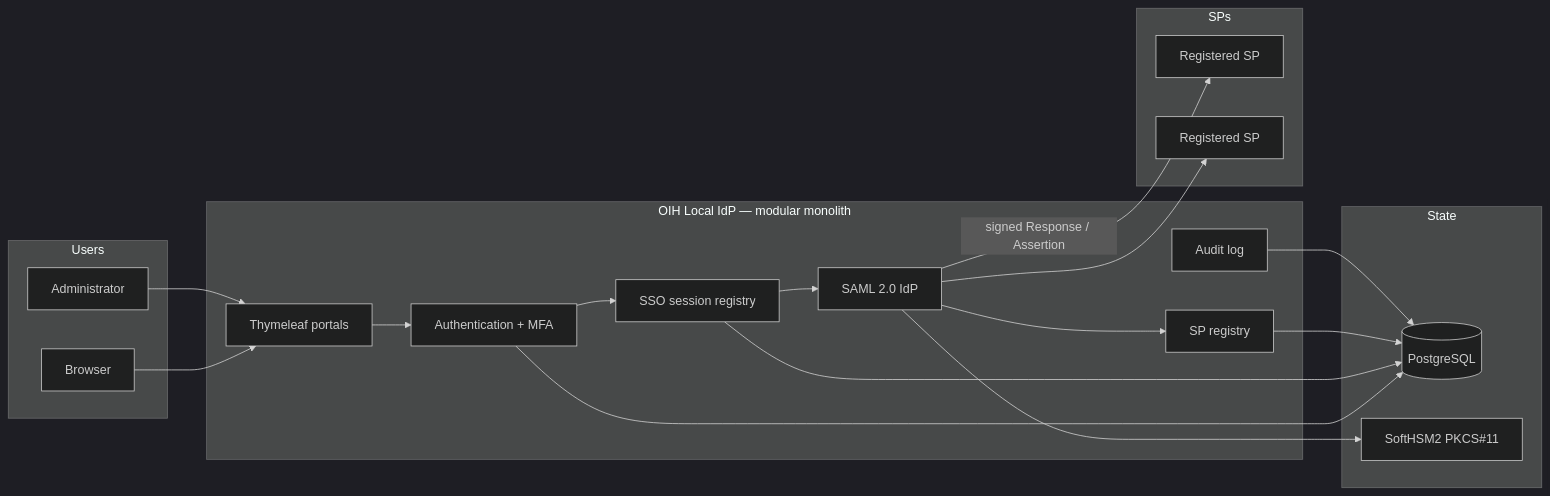
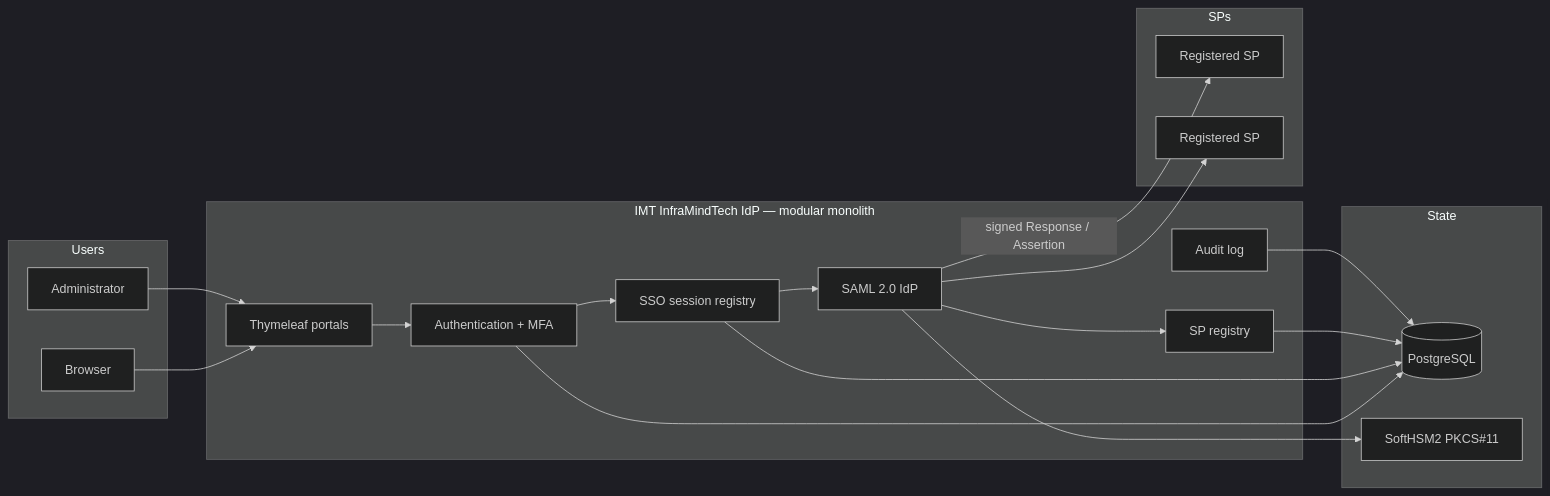
The diagram in saml-mfa-idp/README.md (sudheepnbr/Saj-n_Projects), drawn with Mermaid (dark theme) before and after one commit. The commit also changed other lines of this file and 28 other files, not shown here.

First line of the commit message:
Rebrand the IdP as IMT InfraMindTech and use the official logo.

````diff
--- a/saml-mfa-idp/README.md
+++ b/saml-mfa-idp/README.md
@@ -76,40 +76,40 @@
 ```mermaid
 flowchart LR
   subgraph Users
     U[Browser]
     A[Administrator]
   end
 
-  subgraph IdP["OIH Local IdP — modular monolith"]
+  subgraph IdP["IMT InfraMindTech IdP — modular monolith"]
     WEB[Thymeleaf portals]
     AUTH[Authentication + MFA]
     SESS[SSO session registry]
     SAML[SAML 2.0 IdP]
     SPR[SP registry]
     AUD[Audit log]
   end
 
   subgraph State
     PG[(PostgreSQL)]
     HSM[SoftHSM2 PKCS#11]
   end
 
   subgraph SPs
     SP1[Registered SP]
     SP2[Registered SP]
   end
 
   U --> WEB
   A --> WEB
   WEB --> AUTH
   AUTH --> SESS
   SESS --> SAML
   SAML --> SPR
   AUTH --> PG
   SESS --> PG
   SPR --> PG
   AUD --> PG
   SAML --> HSM
   SAML -->|"signed Response / Assertion"| SP1
   SAML --> SP2
 ```
````
